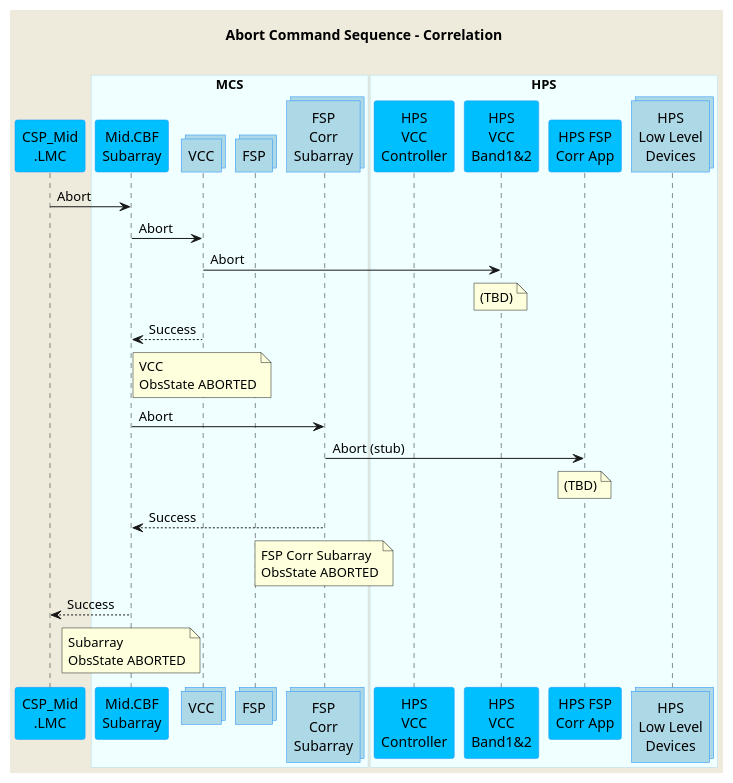
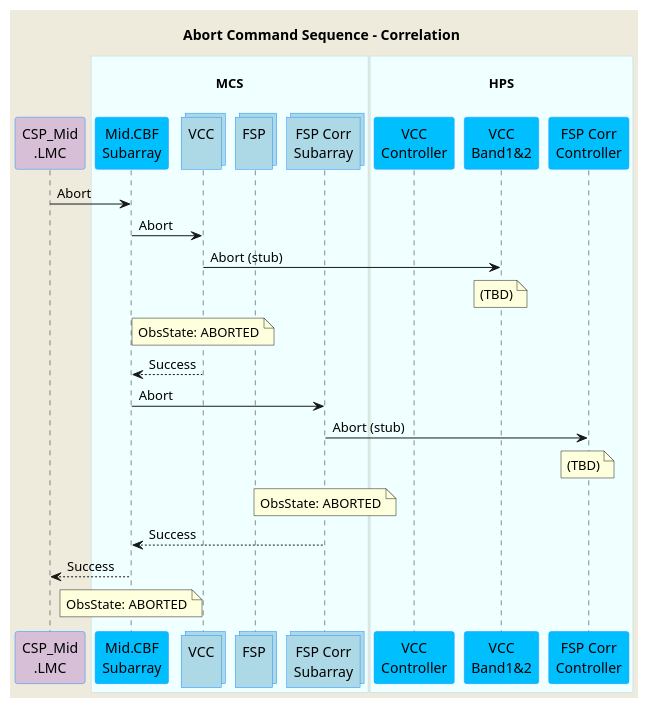
The diagram in docs/src/diagrams/abort-command.puml (ska-telescope/mid-cbf-mcs), drawn with PlantUML before and after one commit. The commit also changed 8 other files, not shown here.

```diff
--- a/docs/src/diagrams/abort-command.puml
+++ b/docs/src/diagrams/abort-command.puml
@@ -1,60 +1,56 @@
 @startuml
 'https://plantuml.com/sequence-diagram
 
 skinparam backgroundColor #EEEBDC
 skinparam sequence {
-ParticipantBorderColor DodgerBlue
-ParticipantBackgroundColor DeepSkyBlue
-ActorBorderColor DarkGreen
-ActorBackgroundColor Green
-BoxBorderColor LightBlue
-BoxBackgroundColor #F0FFFF
+  ParticipantBorderColor DodgerBlue
+  ParticipantBackgroundColor DeepSkyBlue
+  ActorBorderColor DarkGreen
+  ActorBackgroundColor Green
+  BoxBorderColor LightBlue
+  BoxBackgroundColor #F0FFFF
 }
 
 skinparam collections {
   BackGroundColor LightBlue
   BorderColor DodgerBlue
 }
 
 skinparam database {
   BackgroundColor LightGreen
   BorderColor DarkGreen
 }
 
-title Abort Command Sequence - Correlation\n
+title Abort Command Sequence - Correlation
 
-participant "CSP_Mid\n.LMC" as lmc
-
-box "MCS"
-participant "Mid.CBF\nSubarray" as subarray
-collections "VCC" as vcc
-collections "FSP" as fsp
-collections "FSP\nCorr\nSubarray" as fspsubarray
+participant "CSP_Mid\n.LMC" as lmc #Thistle
+box "\nMCS\n"
+  participant "Mid.CBF\nSubarray" as subarray
+  collections "VCC\n" as vcc
+  collections "FSP\n" as fsp
+  collections "FSP Corr\nSubarray" as fspsubarray
 end box
-
-box "HPS"
-participant "HPS\nVCC\nController" as hpsvcc
-participant "HPS\nVCC\nBand1&2" as hpsvccband
-participant "HPS FSP\nCorr App" as hpsfsp
-collections "HPS\nLow Level\nDevices" as hpsdevices
+box "\nHPS\n"
+  participant "VCC\nController" as hpsvcc
+  participant "VCC\nBand1&2" as hpsvccband
+  participant "FSP Corr\nController" as hpsfspcorr
 end box
 
 lmc        ->  subarray      : Abort
 
 subarray   ->  vcc           : Abort
-vcc        ->  hpsvccband    : Abort
+vcc        ->  hpsvccband    : Abort (stub) 
 note over hpsvccband         : (TBD)
+note over vcc                : ObsState: ABORTED
 subarray   <-- vcc           : Success
-note over vcc                : VCC\nObsState ABORTED
 subarray   ->  fspsubarray   : Abort
-fspsubarray->  hpsfsp        : Abort (stub)
-note over hpsfsp             : (TBD)
+fspsubarray->  hpsfspcorr        : Abort (stub)
+note over hpsfspcorr             : (TBD)
+note over fspsubarray        : ObsState: ABORTED
 subarray   <-- fspsubarray   : Success
-note over fspsubarray        : FSP Corr Subarray\nObsState ABORTED
-
 
 lmc       <--  subarray      : Success
-note over subarray           : Subarray\nObsState ABORTED
+note over subarray           : ObsState: ABORTED
 
 
 @enduml
```
